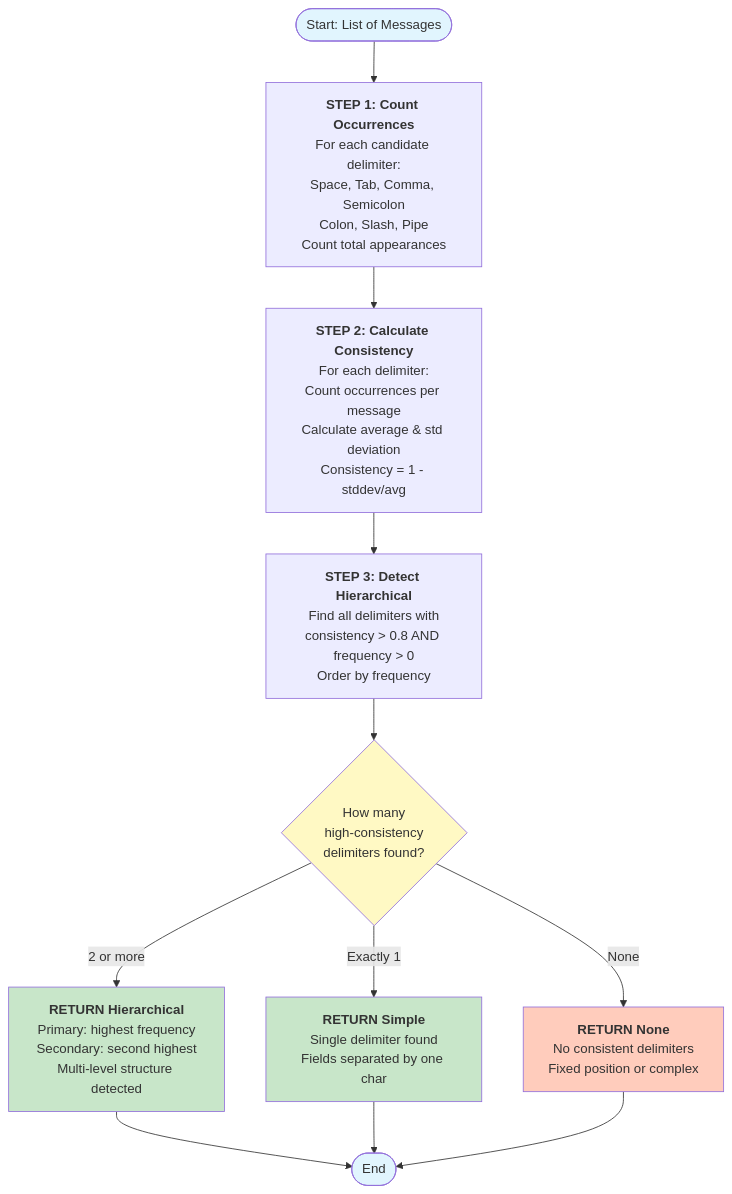
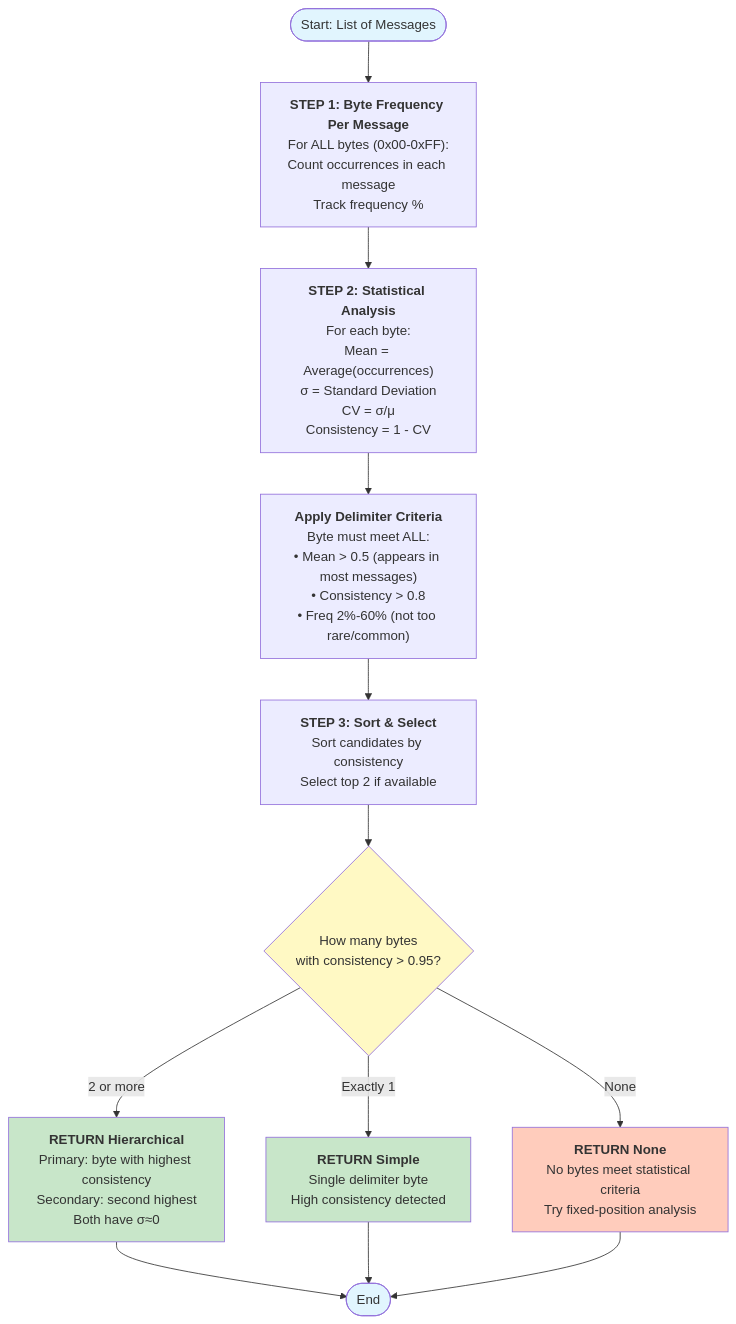
One commit to chumpon-asaneerat/NSerialCommTools changed the third of 8 diagrams in Documents/ModernDesign/03-Parsing-Strategy-Analysis.md. Above: the diagram before and after it, drawn with Mermaid. The commit also changed other lines of this file, not shown here.

Commit message:
Update document #133

````diff
--- a/Documents/ModernDesign/03-Parsing-Strategy-Analysis.md
+++ b/Documents/ModernDesign/03-Parsing-Strategy-Analysis.md
@@ -531,27 +531,29 @@
 ```mermaid
 flowchart TD
-    Start([Start: List of Messages]) --> Step1["<b>STEP 1: Count Occurrences</b><br/>For each candidate delimiter:<br/>Space, Tab, Comma, Semicolon<br/>Colon, Slash, Pipe<br/>Count total appearances"]
+    Start([Start: List of Messages]) --> Step1["<b>STEP 1: Byte Frequency Per Message</b><br/>For ALL bytes (0x00-0xFF):<br/>Count occurrences in each message<br/>Track frequency %"]
 
-    Step1 --> Step2["<b>STEP 2: Calculate Consistency</b><br/>For each delimiter:<br/>Count occurrences per message<br/>Calculate average & std deviation<br/>Consistency = 1 - stddev/avg"]
+    Step1 --> Step2["<b>STEP 2: Statistical Analysis</b><br/>For each byte:<br/>Mean = Average(occurrences)<br/>σ = Standard Deviation<br/>CV = σ/μ<br/>Consistency = 1 - CV"]
 
-    Step2 --> Step3["<b>STEP 3: Detect Hierarchical</b><br/>Find all delimiters with<br/>consistency > 0.8 AND frequency > 0<br/>Order by frequency"]
+    Step2 --> Filter["<b>Apply Delimiter Criteria</b><br/>Byte must meet ALL:<br/>• Mean > 0.5 (appears in most messages)<br/>• Consistency > 0.8<br/>• Freq 2%-60% (not too rare/common)"]
 
-    Step3 --> Check{"How many<br/>high-consistency<br/>delimiters found?"}
+    Filter --> Step3["<b>STEP 3: Sort & Select</b><br/>Sort candidates by consistency<br/>Select top 2 if available"]
 
-    Check -->|2 or more| Return1["<b>RETURN Hierarchical</b><br/>Primary: highest frequency<br/>Secondary: second highest<br/>Multi-level structure detected"]
+    Step3 --> Check{"How many bytes<br/>with consistency > 0.95?"}
 
-    Check -->|Exactly 1| Return2["<b>RETURN Simple</b><br/>Single delimiter found<br/>Fields separated by one char"]
+    Check -->|2 or more| Return1["<b>RETURN Hierarchical</b><br/>Primary: byte with highest consistency<br/>Secondary: second highest<br/>Both have σ≈0"]
 
-    Check -->|None| Return3["<b>RETURN None</b><br/>No consistent delimiters<br/>Fixed position or complex"]
+    Check -->|Exactly 1| Return2["<b>RETURN Simple</b><br/>Single delimiter byte<br/>High consistency detected"]
+
+    Check -->|None| Return3["<b>RETURN None</b><br/>No bytes meet statistical criteria<br/>Try fixed-position analysis"]
 
     Return1 --> End([End])
     Return2 --> End
     Return3 --> End
 
     style Start fill:#E1F5FE
     style Check fill:#FFF9C4
     style Return1 fill:#C8E6C9
     style Return2 fill:#C8E6C9
     style Return3 fill:#FFCCBC
     style End fill:#E1F5FE
 ```
````
